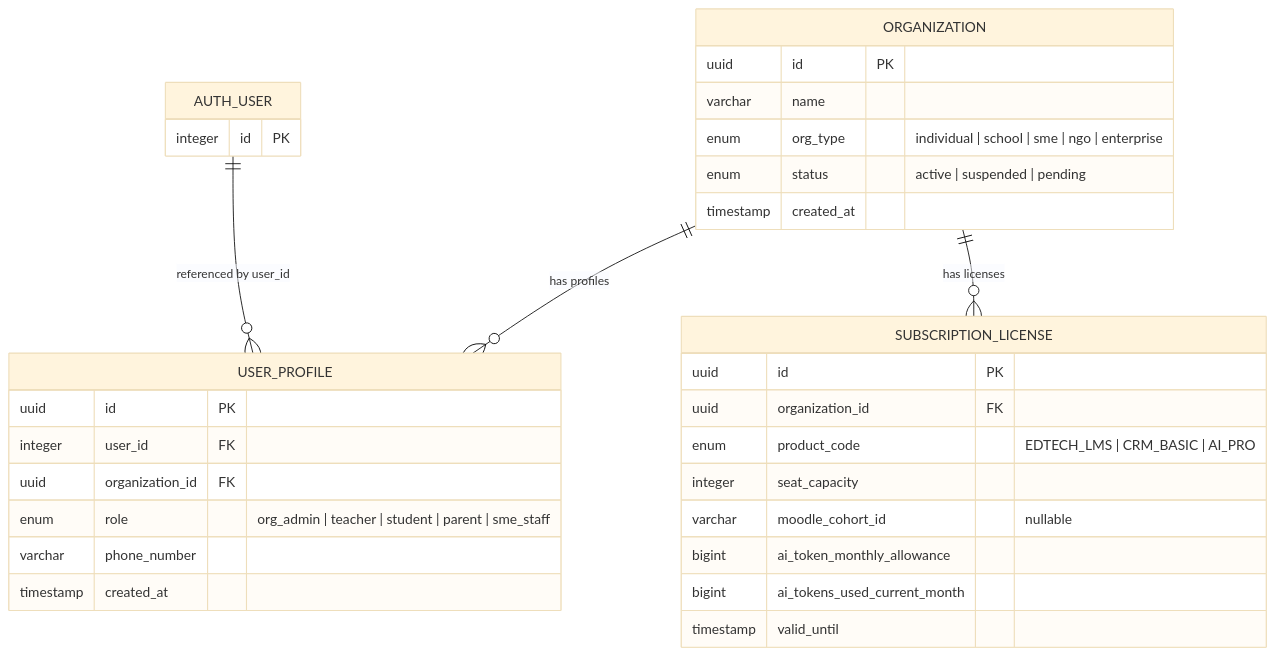
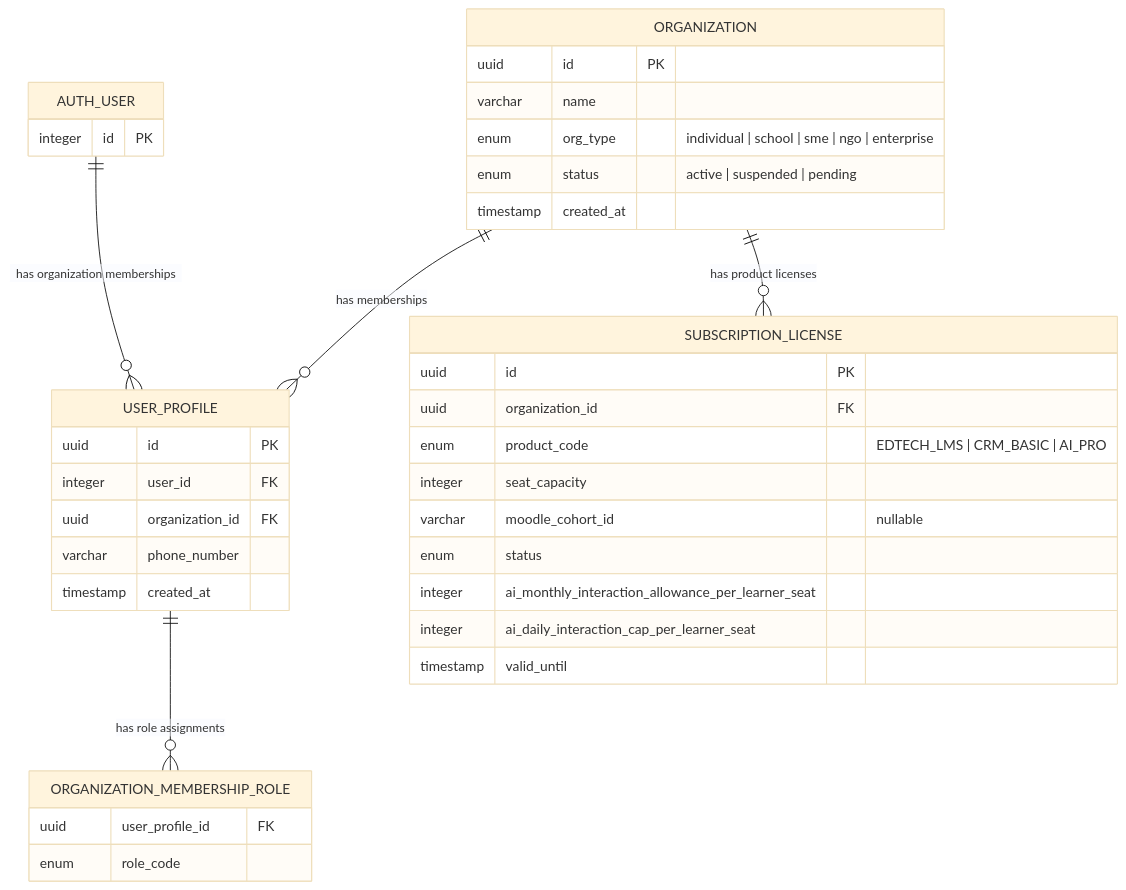
Before and after one commit to inovatx-lab/core: the fifth of 8 diagrams in inovatx_context/inovatx_uml.md, drawn with Mermaid (base theme). The commit also changed other lines of this file and 5 other files, not shown here.

````diff
--- a/inovatx_context/inovatx_uml.md
+++ b/inovatx_context/inovatx_uml.md
@@ -226,38 +226,44 @@
 ```mermaid
  erDiagram
-    AUTH_USER ||--o{ USER_PROFILE : "referenced by user_id" 
-    ORGANIZATION ||--o{ USER_PROFILE : "has profiles" 
-    ORGANIZATION ||--o{ SUBSCRIPTION_LICENSE : "has licenses" 
+    AUTH_USER ||--o{ USER_PROFILE : "has organization memberships"
+    ORGANIZATION ||--o{ USER_PROFILE : "has memberships"
+    USER_PROFILE ||--o{ ORGANIZATION_MEMBERSHIP_ROLE : "has role assignments"
+    ORGANIZATION ||--o{ SUBSCRIPTION_LICENSE : "has product licenses"
 
     AUTH_USER {
         integer id PK
     }
 
     ORGANIZATION {
         uuid id PK
         varchar name
         enum org_type "individual | school | sme | ngo | enterprise"
         enum status "active | suspended | pending"
         timestamp created_at
     }
 
     USER_PROFILE {
         uuid id PK
         integer user_id FK
         uuid organization_id FK
-        enum role "org_admin | teacher | student | parent | sme_staff"
         varchar phone_number
         timestamp created_at
+    }
+
+    ORGANIZATION_MEMBERSHIP_ROLE {
+        uuid user_profile_id FK
+        enum role_code
     }
 
     SUBSCRIPTION_LICENSE {
         uuid id PK
         uuid organization_id FK
         enum product_code "EDTECH_LMS | CRM_BASIC | AI_PRO"
         integer seat_capacity
         varchar moodle_cohort_id "nullable"
-        bigint ai_token_monthly_allowance
-        bigint ai_tokens_used_current_month
+        enum status
+        integer ai_monthly_interaction_allowance_per_learner_seat
+        integer ai_daily_interaction_cap_per_learner_seat
         timestamp valid_until
     }
 ```
````
